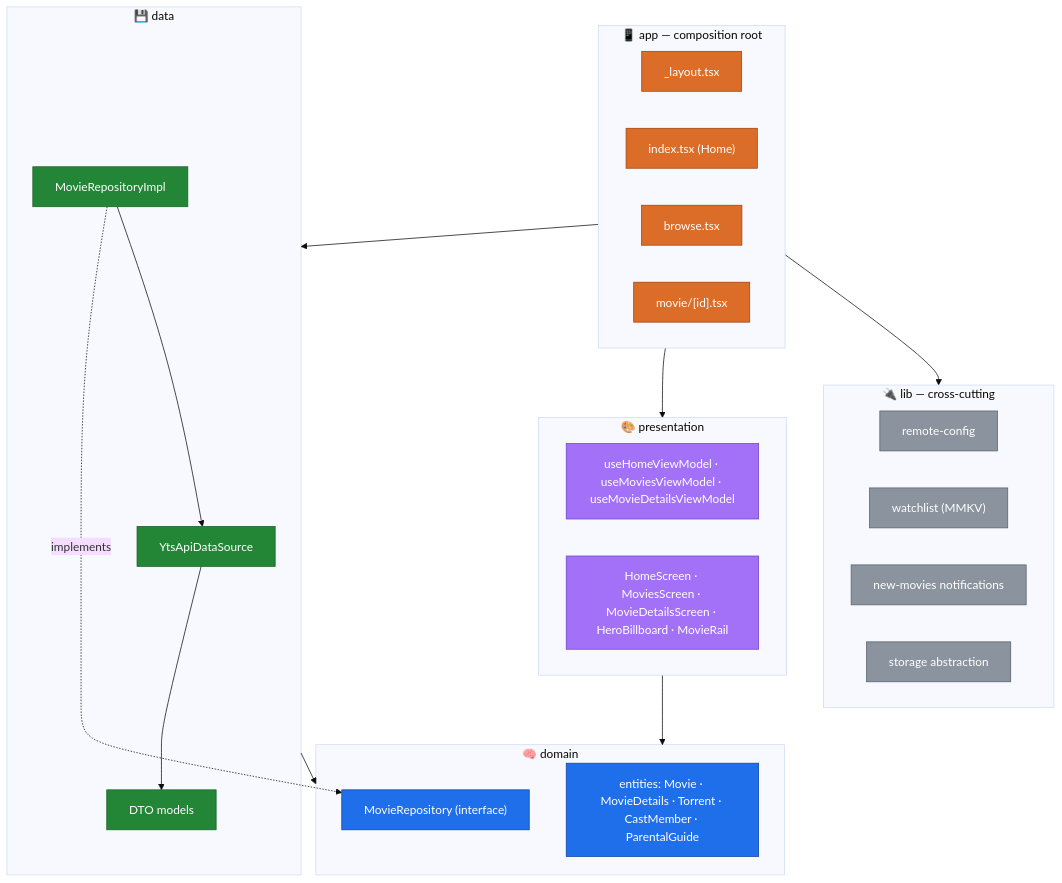
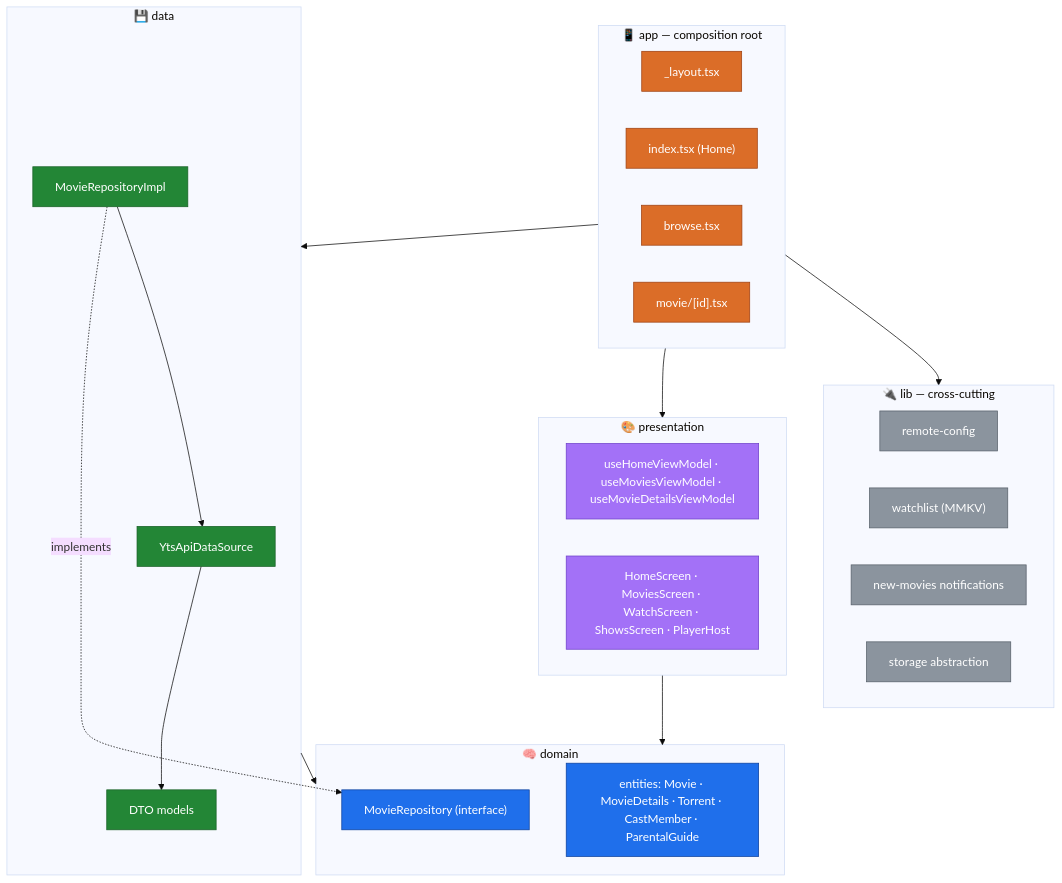
The second of 6 diagrams in README.md (kunal26das/yify), drawn with Mermaid (base theme) before and after one commit. The commit also changed other lines of this file and 4 other files, not shown here.

````diff
--- a/README.md
+++ b/README.md
@@ -131,52 +136,52 @@
 ```mermaid
 flowchart TD
     subgraph app["📱 app — composition root"]
         L["_layout.tsx"]
         I["index.tsx (Home)"]
         B["browse.tsx"]
         M["movie/[id].tsx"]
     end
 
     subgraph presentation["🎨 presentation"]
         VM["useHomeViewModel · useMoviesViewModel · useMovieDetailsViewModel"]
-        UI["HomeScreen · MoviesScreen · MovieDetailsScreen · HeroBillboard · MovieRail"]
+        UI["HomeScreen · MoviesScreen · WatchScreen · ShowsScreen · PlayerHost"]
     end
 
     subgraph domain["🧠 domain"]
         E["entities: Movie · MovieDetails · Torrent · CastMember · ParentalGuide"]
         R["MovieRepository (interface)"]
     end
 
     subgraph data["💾 data"]
         DS["YtsApiDataSource"]
         IMPL["MovieRepositoryImpl"]
         DTO["DTO models"]
     end
 
     subgraph lib["🔌 lib — cross-cutting"]
         RC["remote-config"]
         WL["watchlist (MMKV)"]
         NM["new-movies notifications"]
         ST["storage abstraction"]
     end
 
     app --> presentation
     app --> data
     app --> lib
     presentation --> domain
     data --> domain
     IMPL -. implements .-> R
     DS --> DTO
     IMPL --> DS
 
     classDef domainCls fill:#1f6feb,stroke:#0d419d,color:#fff
     classDef dataCls fill:#238636,stroke:#196127,color:#fff
     classDef presCls fill:#a371f7,stroke:#6e40c9,color:#fff
     classDef appCls fill:#db6d28,stroke:#9e4112,color:#fff
     classDef libCls fill:#8b949e,stroke:#57606a,color:#fff
     class E,R domainCls
     class DS,IMPL,DTO dataCls
     class VM,UI presCls
     class L,I,B,M appCls
     class RC,WL,NM,ST libCls
 ```
````
